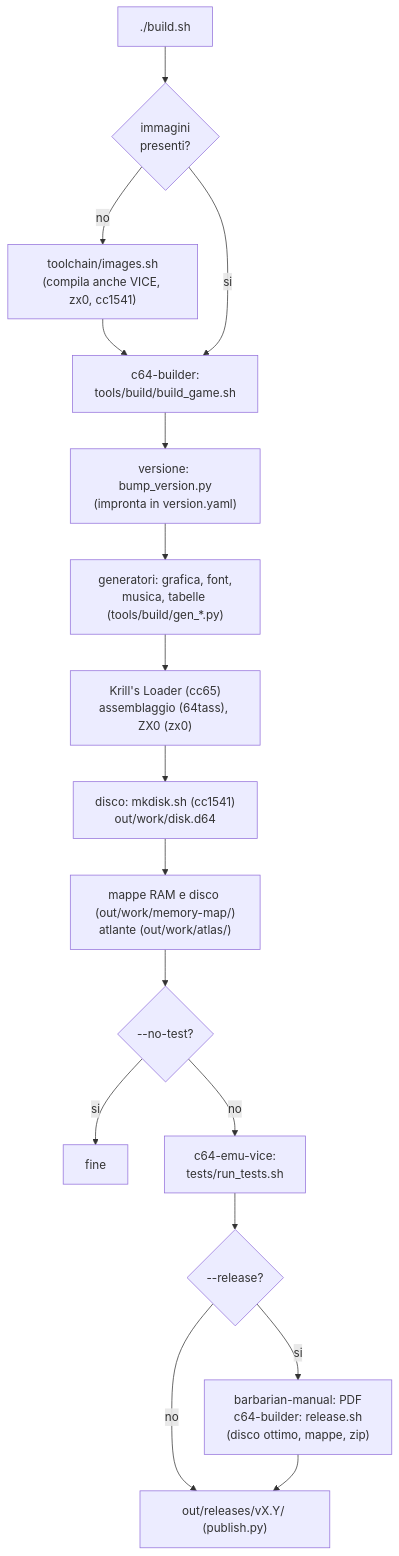
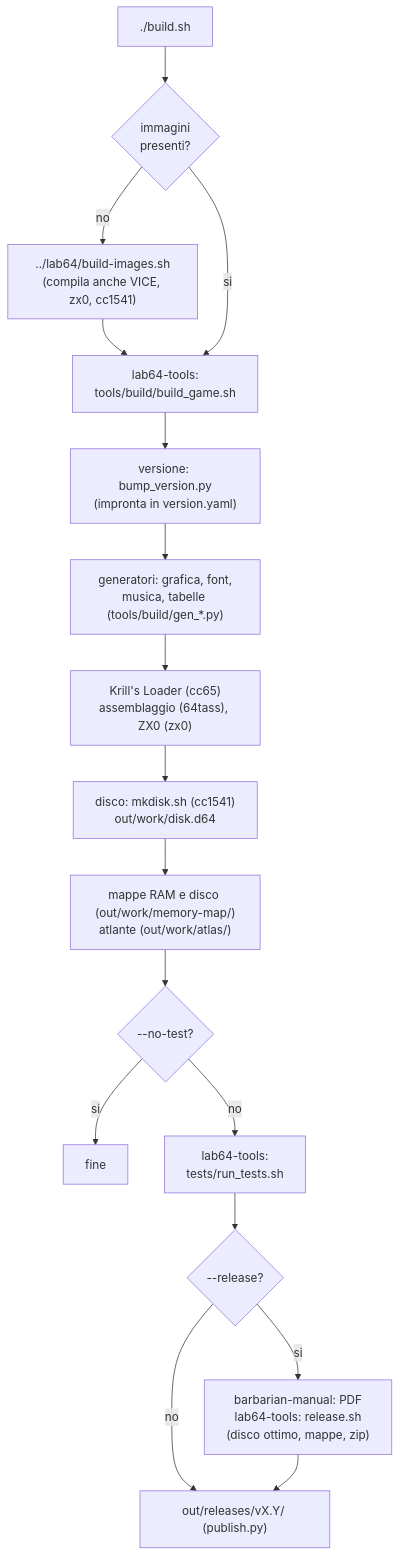
Before and after one commit to caporalesimone/barbarian-the-blood-path: the second of 3 diagrams in docs/getting-started.md, drawn with Mermaid. The commit also changed other lines of this file and 201 other files, not shown here.

First line of the commit message:
Toolchain separata nel repository Lab64 (T2, prima parte)

````diff
--- a/docs/getting-started.md
+++ b/docs/getting-started.md
@@ -97,17 +101,17 @@
 ```mermaid
 flowchart TD
   A["./build.sh"] --> C{"immagini<br/>presenti?"}
-  C -->|no| D["toolchain/images.sh<br/>(compila anche VICE, zx0, cc1541)"] --> E
-  C -->|si| E["c64-builder:<br/>tools/build/build_game.sh"]
+  C -->|no| D["../lab64/build-images.sh<br/>(compila anche VICE, zx0, cc1541)"] --> E
+  C -->|si| E["lab64-tools:<br/>tools/build/build_game.sh"]
   E --> E1["versione: bump_version.py<br/>(impronta in version.yaml)"]
   E1 --> E2["generatori: grafica, font,<br/>musica, tabelle (tools/build/gen_*.py)"]
   E2 --> E3["Krill's Loader (cc65)<br/>assemblaggio (64tass), ZX0 (zx0)"]
   E3 --> E4["disco: mkdisk.sh (cc1541)<br/>out/work/disk.d64"]
   E4 --> E5["mappe RAM e disco (out/work/memory-map/)<br/>atlante (out/work/atlas/)"]
   E5 --> F{"--no-test?"}
   F -->|si| Z["fine"]
-  F -->|no| G["c64-emu-vice:<br/>tests/run_tests.sh"]
+  F -->|no| G["lab64-tools:<br/>tests/run_tests.sh"]
   G --> H{"--release?"}
   H -->|no| Y["out/releases/vX.Y/ (publish.py)"]
-  H -->|si| I["barbarian-manual: PDF<br/>c64-builder: release.sh<br/>(disco ottimo, mappe, zip)"] --> Y
+  H -->|si| I["barbarian-manual: PDF<br/>lab64-tools: release.sh<br/>(disco ottimo, mappe, zip)"] --> Y
 ```
````
